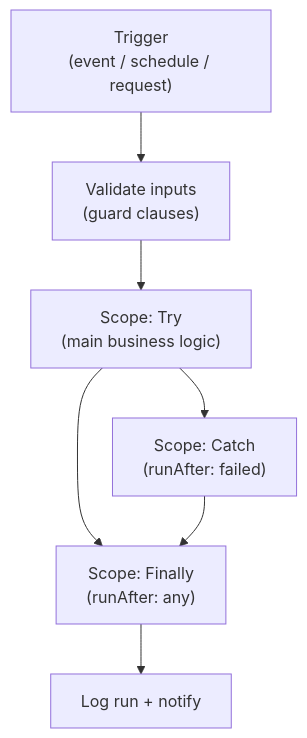
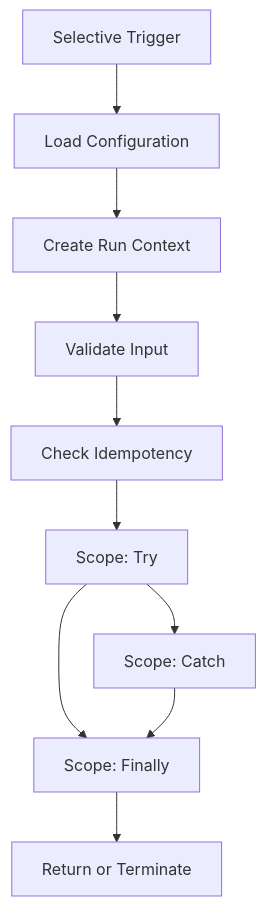
Before and after one commit to dartsen/knowledge-repository: the first of 24 diagrams in 05-automation/power-automate/repeatable-patterns.md, drawn with Mermaid. The commit also changed other lines of this file, not shown here.

````diff
--- a/05-automation/power-automate/repeatable-patterns.md
+++ b/05-automation/power-automate/repeatable-patterns.md
@@ -24,9 +43,12 @@
 ```mermaid
 flowchart TD
-    T["Trigger<br/>(event / schedule / request)"] --> V["Validate inputs<br/>(guard clauses)"]
-    V --> SCOPE_TRY["Scope: Try<br/>(main business logic)"]
-    SCOPE_TRY --> SCOPE_CATCH["Scope: Catch<br/>(runAfter: failed)"]
-    SCOPE_TRY --> SCOPE_FINALLY["Scope: Finally<br/>(runAfter: any)"]
-    SCOPE_CATCH --> SCOPE_FINALLY
-    SCOPE_FINALLY --> LOG["Log run + notify"]
+    T["Selective Trigger"] --> C["Load Configuration"]
+    C --> CTX["Create Run Context"]
+    CTX --> V["Validate Input"]
+    V --> ID["Check Idempotency"]
+    ID --> TRY["Scope: Try"]
+    TRY --> CATCH["Scope: Catch"]
+    TRY --> FINALLY["Scope: Finally"]
+    CATCH --> FINALLY
+    FINALLY --> OUT["Return or Terminate"]
 ```
````
